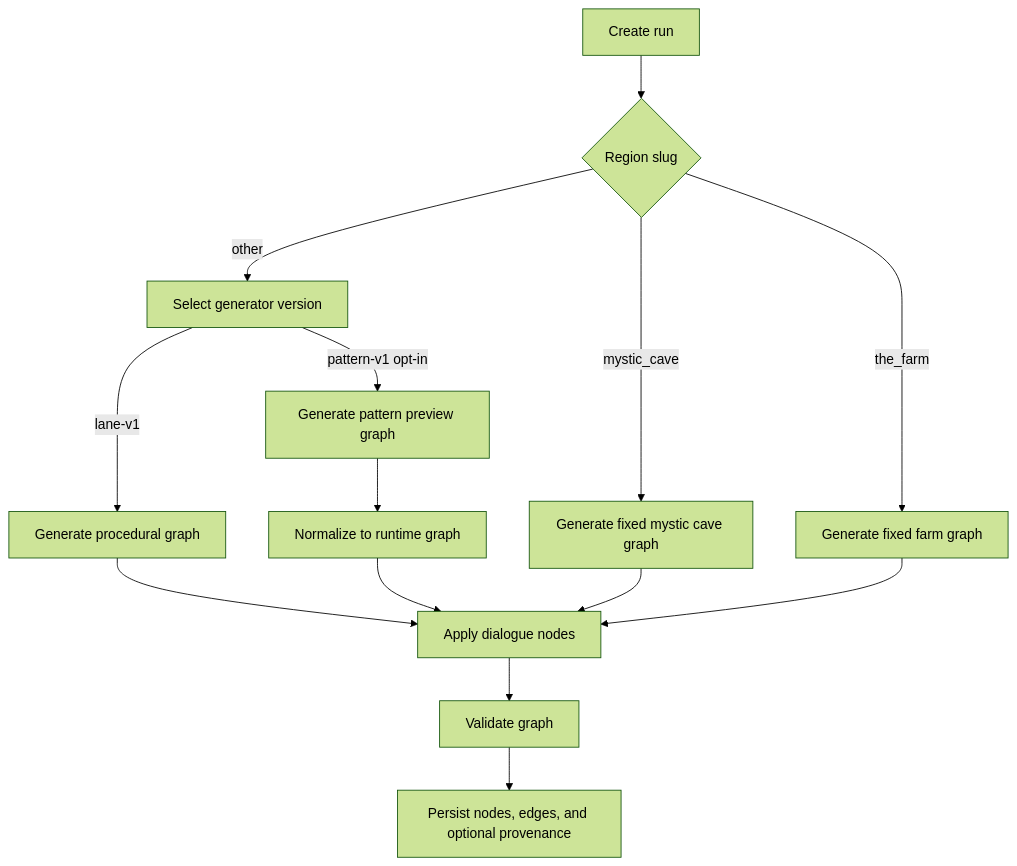
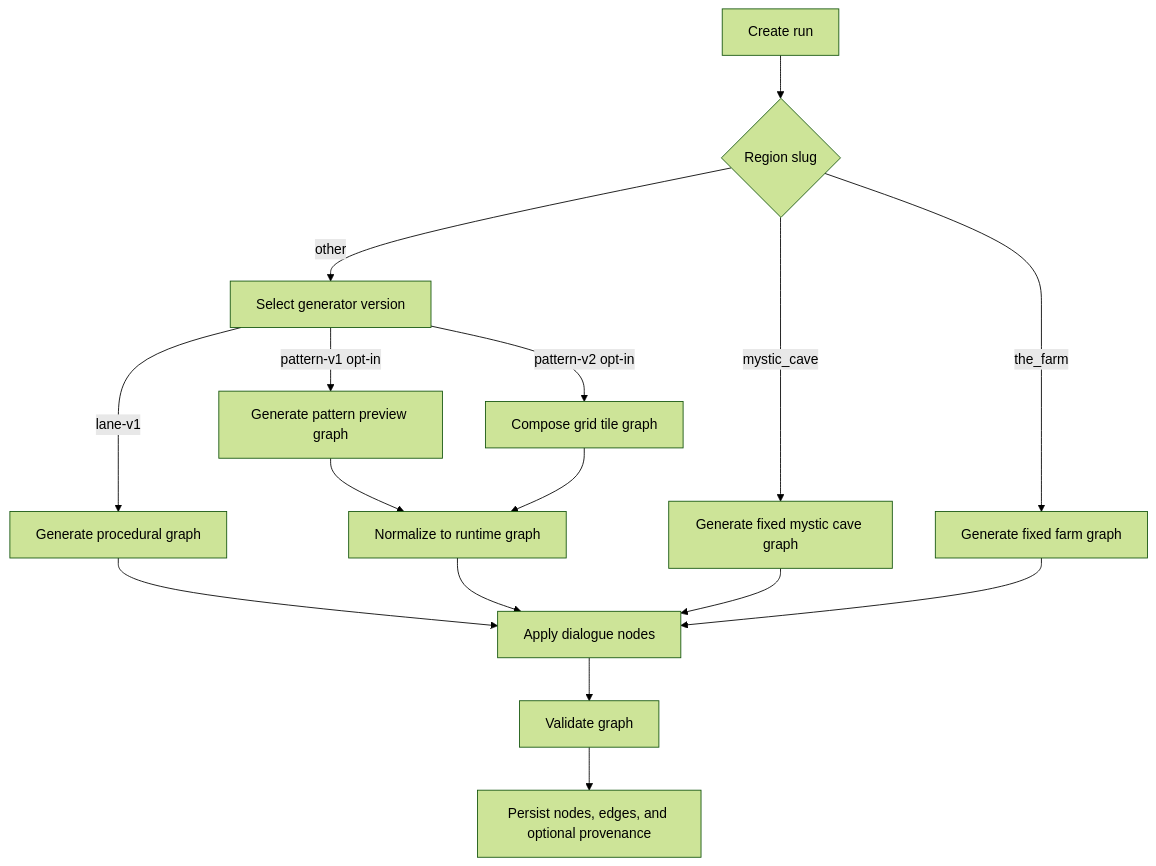
Before and after one commit to NickGrant/DiceGoblin: the first of 5 diagrams in documentation/09-active-system-structure/05-run-node-generation.md, drawn with Mermaid (forest theme). The commit also changed other lines of this file and 3 other files, not shown here.

````diff
--- a/documentation/09-active-system-structure/05-run-node-generation.md
+++ b/documentation/09-active-system-structure/05-run-node-generation.md
@@ -15,16 +15,18 @@
 ```mermaid
 flowchart TD
   A[Create run] --> B{Region slug}
   B -- mystic_cave --> C[Generate fixed mystic cave graph]
   B -- the_farm --> D[Generate fixed farm graph]
   B -- other --> E[Select generator version]
   E -- lane-v1 --> E1[Generate procedural graph]
   E -- pattern-v1 opt-in --> E2[Generate pattern preview graph]
+  E -- pattern-v2 opt-in --> E4[Compose grid tile graph]
   E2 --> E3[Normalize to runtime graph]
+  E4 --> E3
   E1 --> F
   E3 --> F
   C --> F[Apply dialogue nodes]
   D --> F
   F --> G[Validate graph]
   G --> H[Persist nodes, edges, and optional provenance]
 ```
````
